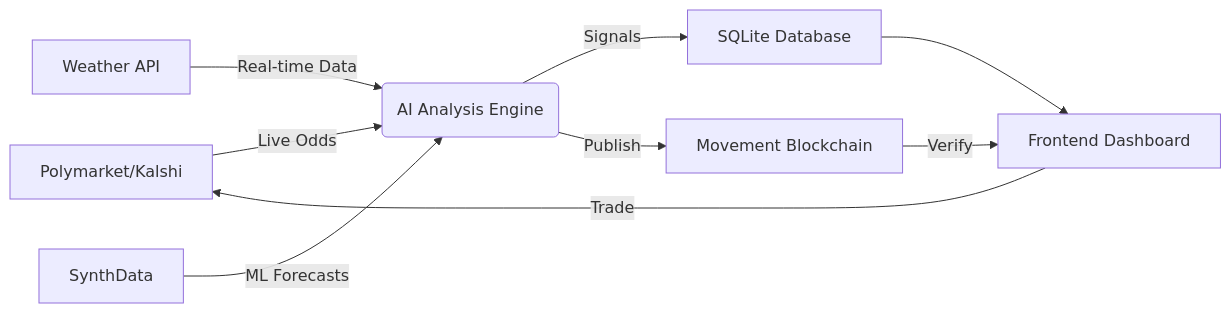
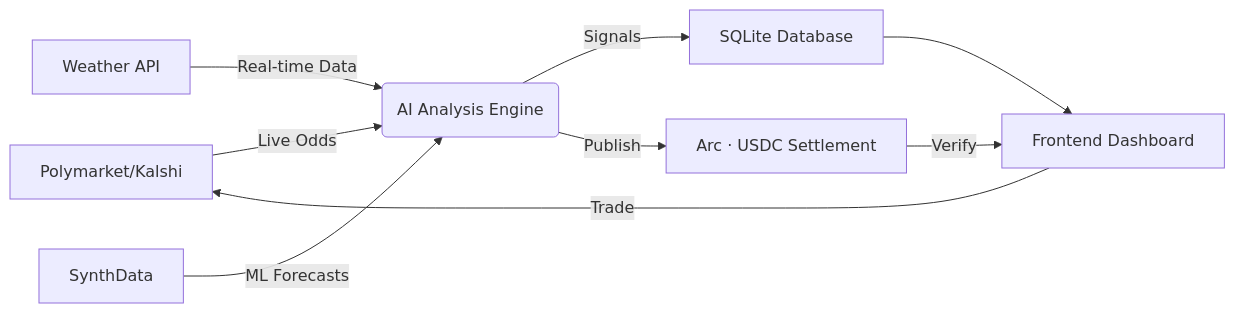
Before and after one commit to thisyearnofear/fourcast: the diagram in README.md, drawn with Mermaid. The commit also changed other lines of this file and 35 other files, not shown here.

First line of the commit message:
feat: Arc-native publish routing, unified brand layer, wallet switching UX

````diff
--- a/README.md
+++ b/README.md
@@ -42,11 +43,11 @@
 ```mermaid
 graph LR
     A[Polymarket/Kalshi] -->|Live Odds| B(AI Analysis Engine)
     C[Weather API] -->|Real-time Data| B
     D[SynthData] -->|ML Forecasts| B
     B -->|Signals| E[SQLite Database]
-    B -->|Publish| F[Movement Blockchain]
+    B -->|Publish| F[Arc · USDC Settlement]
     E --> G[Frontend Dashboard]
     F -->|Verify| G
     G -->|Trade| A
 ```
````
